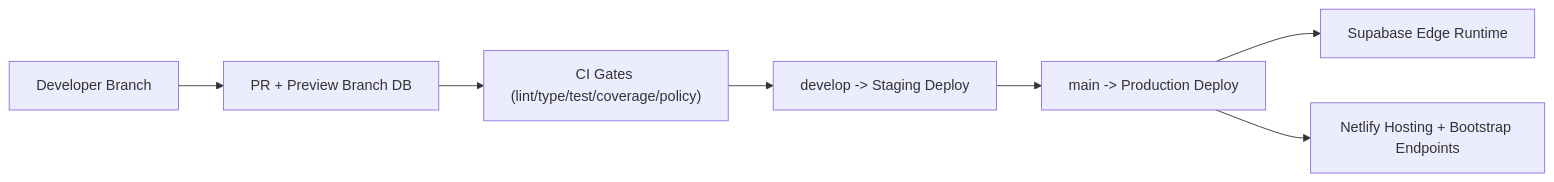
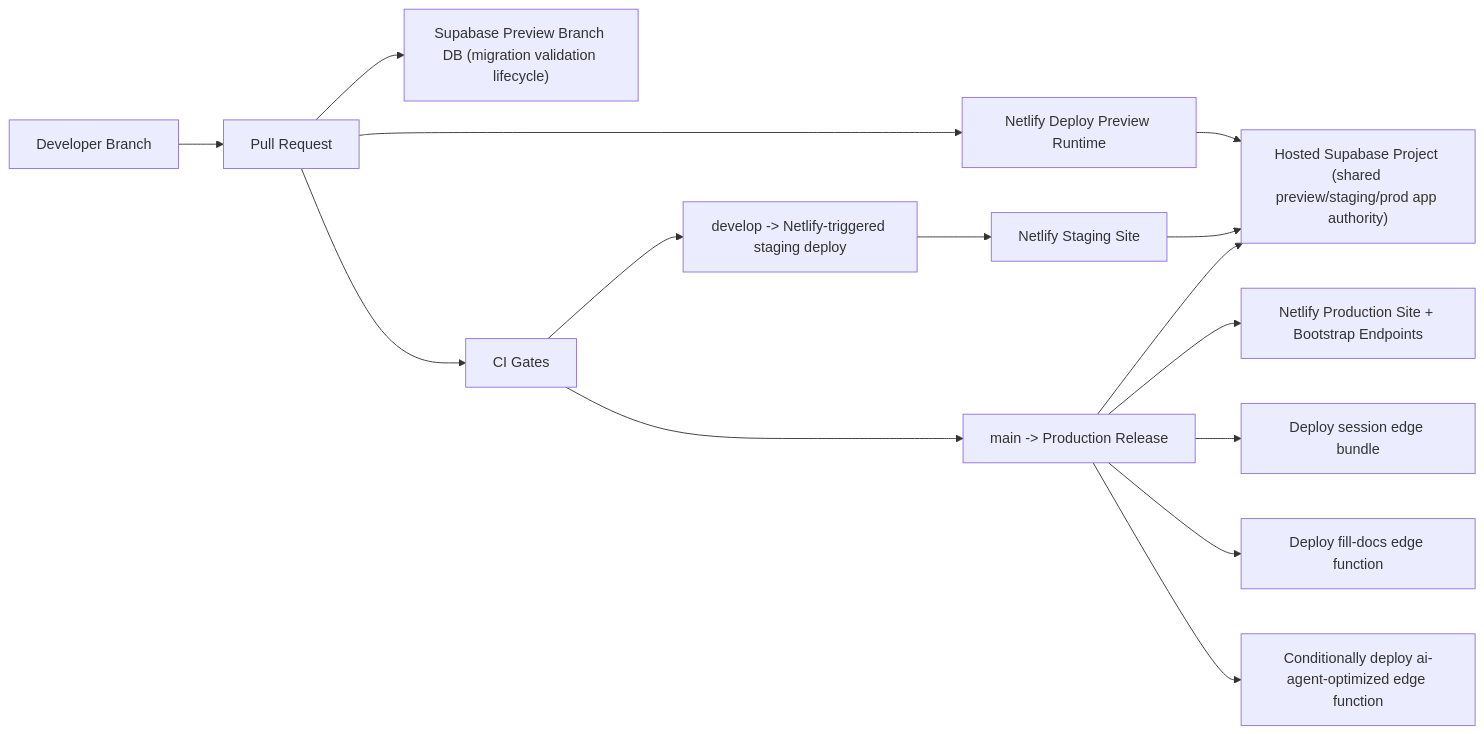
One commit to Jeduardo622/AllIincompassing changed the second of 2 diagrams in docs/architecture/NEW_ENGINEER_PACK.md. Above: the diagram before and after it, drawn with Mermaid. The commit also changed other lines of this file and 4 other files, not shown here.

````diff
--- a/docs/architecture/NEW_ENGINEER_PACK.md
+++ b/docs/architecture/NEW_ENGINEER_PACK.md
@@ -35,9 +35,17 @@
 ```mermaid
 flowchart LR
-  DEV["Developer Branch"] --> PR["PR + Preview Branch DB"]
-  PR --> CI["CI Gates (lint/type/test/coverage/policy)"]
-  CI --> STAGE["develop -> Staging Deploy"]
-  STAGE --> MAIN["main -> Production Deploy"]
-  MAIN --> EDGE["Supabase Edge Runtime"]
-  MAIN --> NET["Netlify Hosting + Bootstrap Endpoints"]
+  DEV["Developer Branch"] --> PR["Pull Request"]
+  PR --> NET_PREVIEW["Netlify Deploy Preview Runtime"]
+  PR --> PREVIEW["Supabase Preview Branch DB (migration validation lifecycle)"]
+  PR --> CI["CI Gates"]
+  NET_PREVIEW --> HOSTED["Hosted Supabase Project (shared preview/staging/prod app authority)"]
+  CI --> STAGE["develop -> Netlify-triggered staging deploy"]
+  STAGE --> NET_STAGE["Netlify Staging Site"]
+  NET_STAGE --> HOSTED
+  CI --> MAIN["main -> Production Release"]
+  MAIN --> HOSTED
+  MAIN --> NET["Netlify Production Site + Bootstrap Endpoints"]
+  MAIN --> EDGE["Deploy session edge bundle"]
+  MAIN --> FILL["Deploy fill-docs edge function"]
+  MAIN --> AI["Conditionally deploy ai-agent-optimized edge function"]
 ```
````
